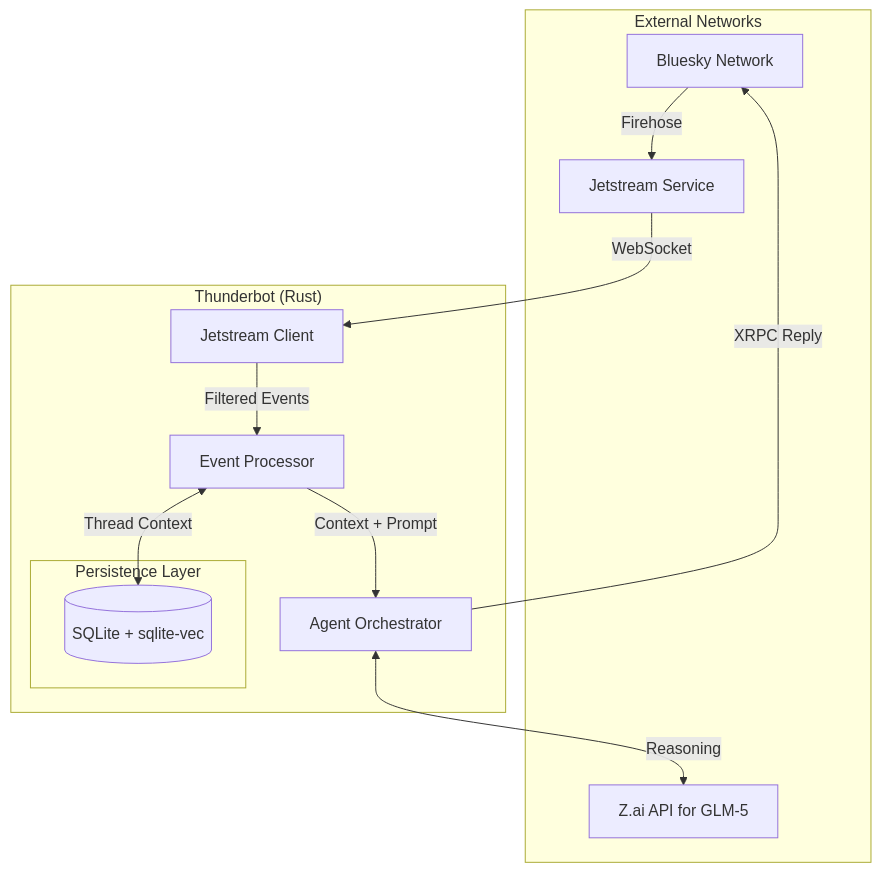
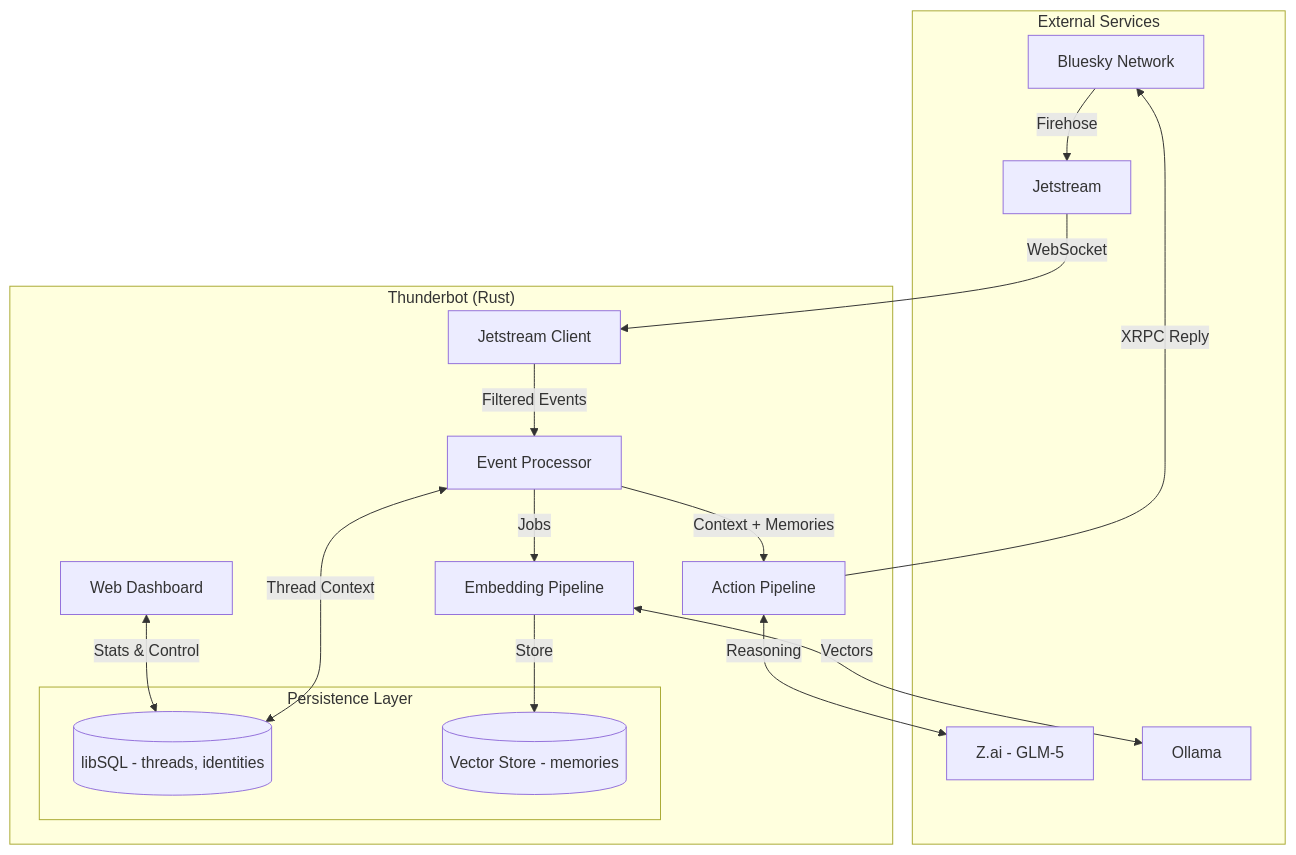
Before and after one commit to desertthunder/thunderbot: the diagram in README.md, drawn with Mermaid. The commit also changed other lines of this file and 3 other files, not shown here.

````diff
--- a/README.md
+++ b/README.md
@@ -207,28 +304,38 @@
 ```mermaid
 graph TD
-    subgraph External["External Networks"]
+    subgraph External["External Services"]
         BSKY[Bluesky Network]
-        JS[Jetstream Service]
-        LLM[Z.ai API for GLM-5]
+        JS[Jetstream]
+        LLM[Z.ai - GLM-5]
+        OL[Ollama]
     end
 
     subgraph Thunderbot["Thunderbot (Rust)"]
         Listener[Jetstream Client]
         Processor[Event Processor]
-        Agent[Agent Orchestrator]
+        Agent[Action Pipeline]
+        Embed[Embedding Pipeline]
+        Web[Web Dashboard]
 
         subgraph Memory["Persistence Layer"]
-            SQL[(SQLite + sqlite-vec)]
+            SQL[(libSQL - threads, identities)]
+            VEC[(Vector Store - memories)]
         end
     end
 
     BSKY -->|Firehose| JS
     JS -->|WebSocket| Listener
     Listener -->|Filtered Events| Processor
 
     Processor <-->|Thread Context| SQL
-    Processor -->|Context + Prompt| Agent
+    Processor -->|Context + Memories| Agent
 
     Agent <-->|Reasoning| LLM
     Agent -->|XRPC Reply| BSKY
+
+    Embed <-->|Vectors| OL
+    Embed -->|Store| VEC
+    Processor -->|Jobs| Embed
+
+    Web <-->|Stats & Control| SQL
 ```
````
